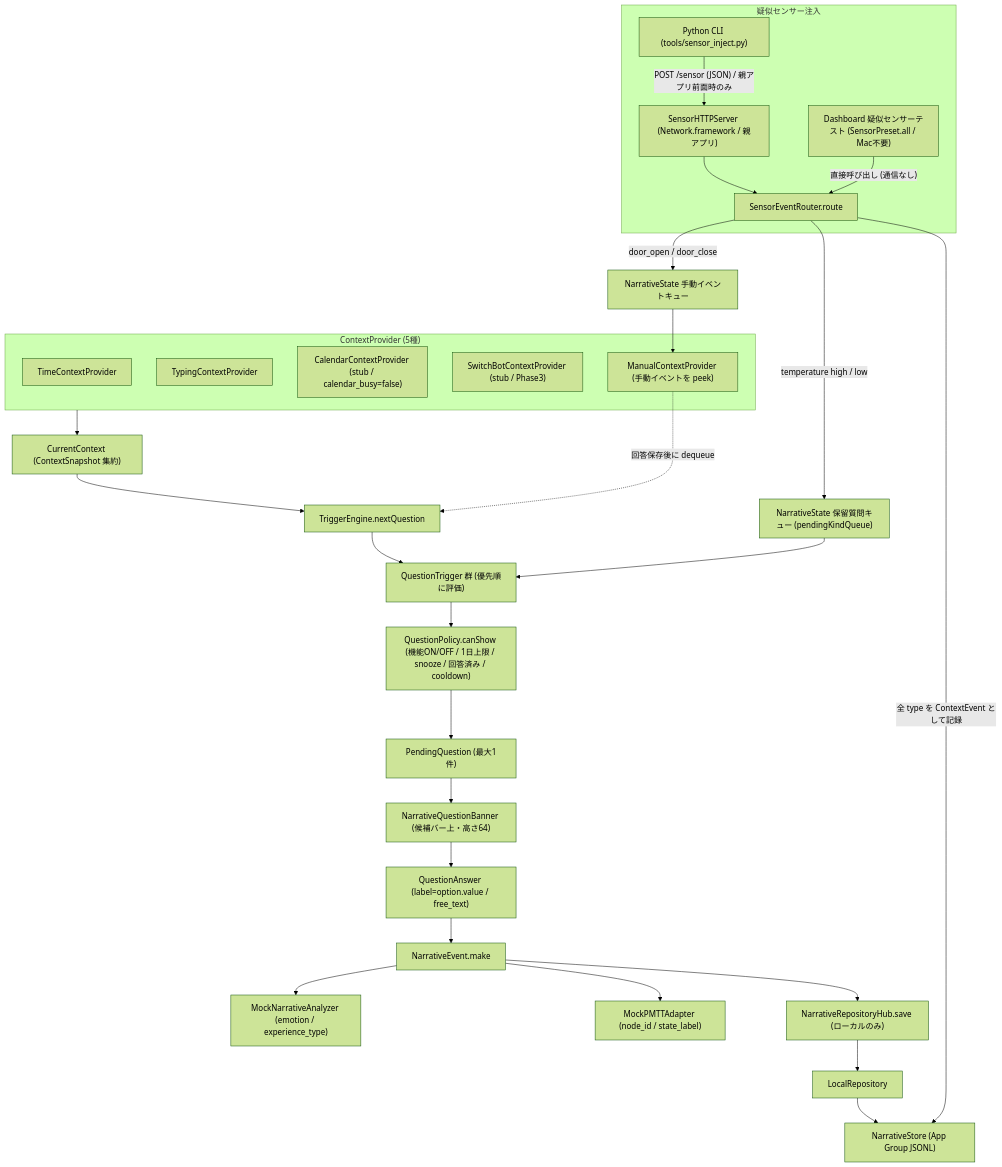
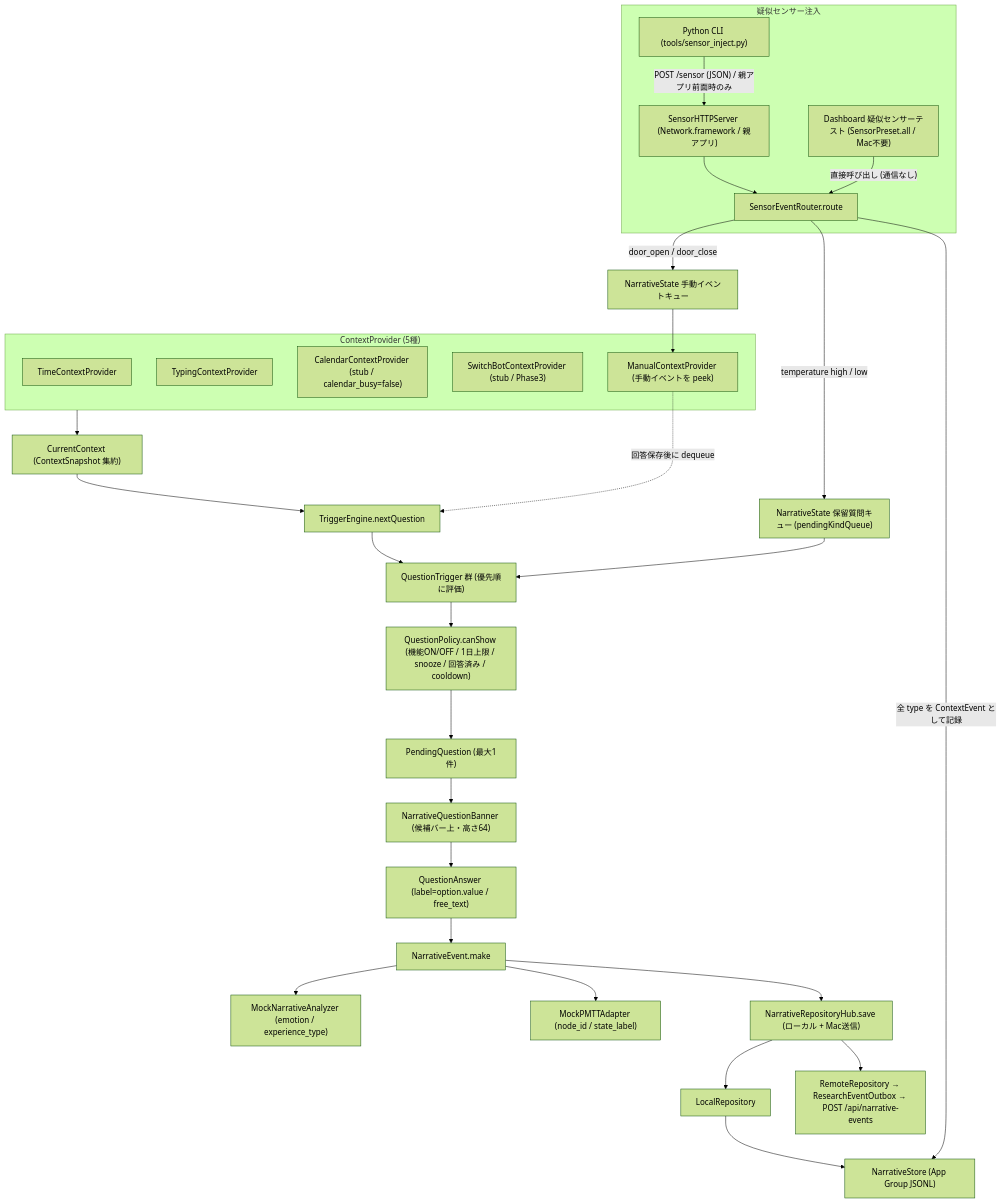
The diagram in docs/narrative-integration.md (shunsuke-tanaka-creator/communication-keyboard), drawn with Mermaid (forest theme) before and after one commit. The commit also changed other lines of this file and 21 other files, not shown here.

````diff
--- a/docs/narrative-integration.md
+++ b/docs/narrative-integration.md
@@ -15,34 +15,35 @@
 ```mermaid
 flowchart TD
   subgraph Providers["ContextProvider (5種)"]
     TimeP["TimeContextProvider"]
     TypingP["TypingContextProvider"]
     CalP["CalendarContextProvider (stub / calendar_busy=false)"]
     SwP["SwitchBotContextProvider (stub / Phase3)"]
     ManP["ManualContextProvider (手動イベントを peek)"]
   end
   Providers --> Ctx["CurrentContext (ContextSnapshot 集約)"]
   Ctx --> Engine["TriggerEngine.nextQuestion"]
   Engine --> Triggers["QuestionTrigger 群 (優先順に評価)"]
   Triggers --> Policy["QuestionPolicy.canShow (機能ON/OFF / 1日上限 / snooze / 回答済み / cooldown)"]
   Policy --> Pending["PendingQuestion (最大1件)"]
   Pending --> Banner["NarrativeQuestionBanner (候補バー上・高さ64)"]
   Banner --> Answer["QuestionAnswer (label=option.value / free_text)"]
   Answer --> Event["NarrativeEvent.make"]
   Event --> Analyzer["MockNarrativeAnalyzer (emotion / experience_type)"]
   Event --> PMTT["MockPMTTAdapter (node_id / state_label)"]
-  Event --> Hub["NarrativeRepositoryHub.save (ローカルのみ)"]
+  Event --> Hub["NarrativeRepositoryHub.save (ローカル + Mac送信)"]
   Hub --> Local["LocalRepository"]
+  Hub --> Remote["RemoteRepository → ResearchEventOutbox → POST /api/narrative-events"]
   Local --> Store["NarrativeStore (App Group JSONL)"]
   ManP -. "回答保存後に dequeue" .-> Engine
   subgraph SensorPath["疑似センサー注入"]
     Py["Python CLI (tools/sensor_inject.py)"] -->|"POST /sensor (JSON) / 親アプリ前面時のみ"| Srv["SensorHTTPServer (Network.framework / 親アプリ)"]
     Srv --> Router["SensorEventRouter.route"]
     Preset["Dashboard 疑似センサーテスト (SensorPreset.all / Mac不要)"] -->|"直接呼び出し (通信なし)"| Router
   end
   Router -->|"door_open / door_close"| MQueue["NarrativeState 手動イベントキュー"]
   Router -->|"temperature high / low"| PQueue["NarrativeState 保留質問キュー (pendingKindQueue)"]
   Router -->|"全 type を ContextEvent として記録"| Store
   MQueue --> ManP
   PQueue --> Triggers
 ```
````
